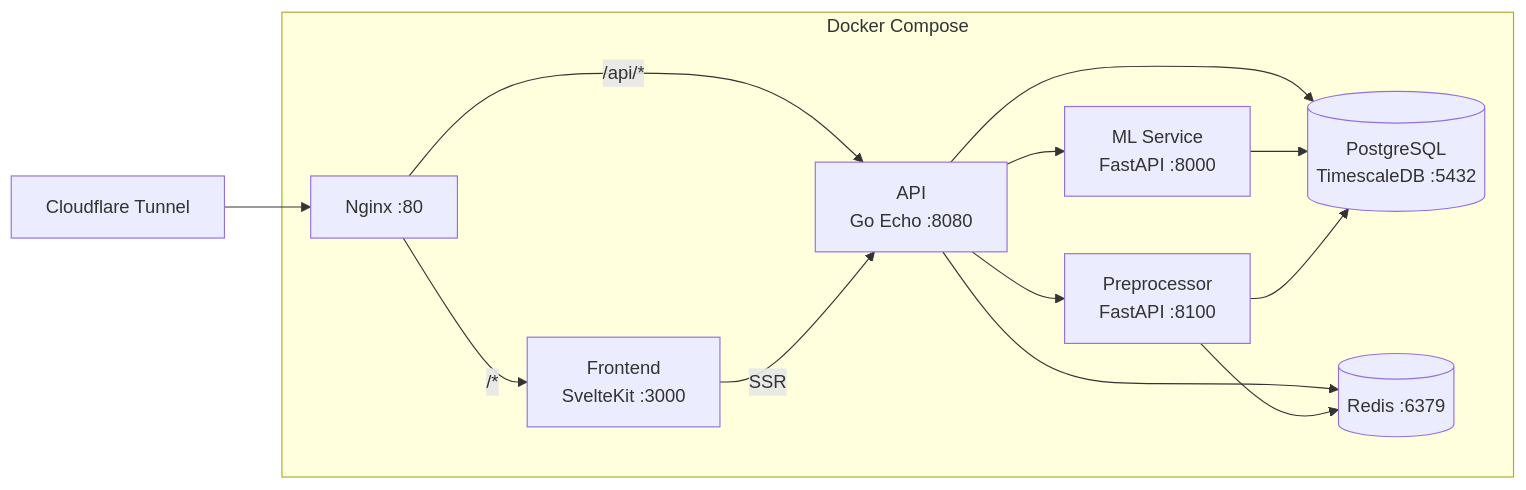
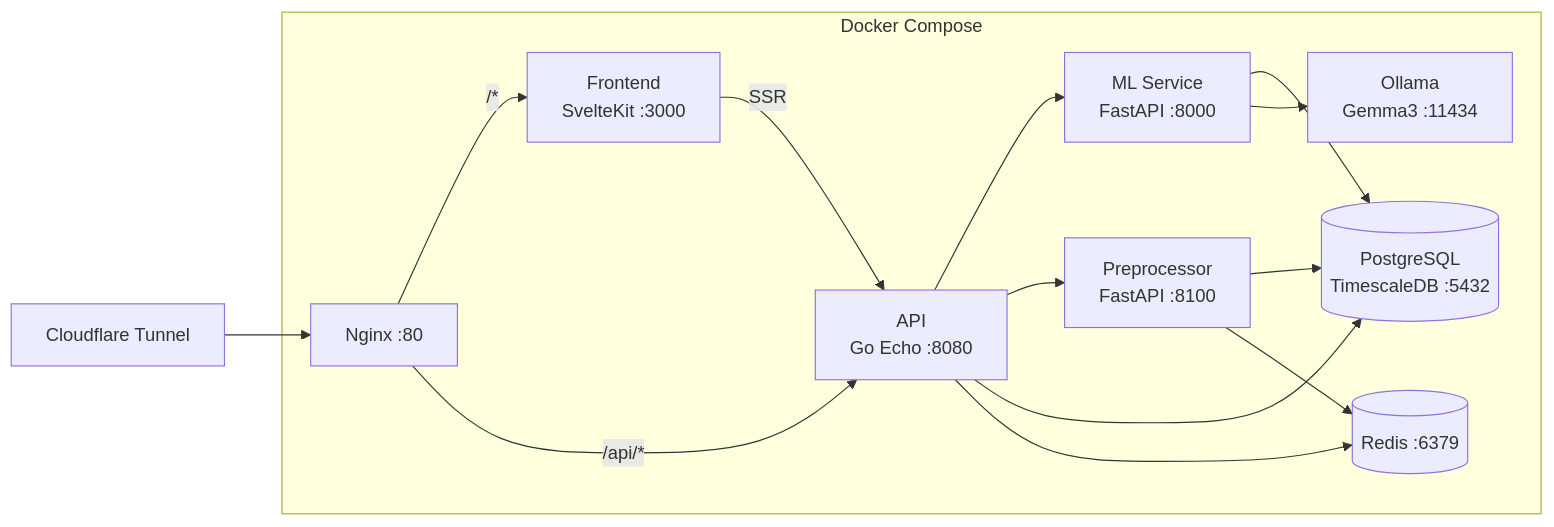
Before and after one commit to Kaikei-e/VitaMetron: the diagram in README.md, drawn with Mermaid. The commit also changed other lines of this file, not shown here.

````diff
--- a/README.md
+++ b/README.md
@@ -34,17 +36,18 @@
 ```mermaid
 graph LR
     CF["Cloudflare Tunnel"] --> Nginx
 
     subgraph Docker Compose
         Nginx["Nginx :80"] -->|"/*"| Frontend["Frontend<br/>SvelteKit :3000"]
         Nginx -->|"/api/*"| API["API<br/>Go Echo :8080"]
         API --> ML["ML Service<br/>FastAPI :8000"]
         API --> Preprocessor["Preprocessor<br/>FastAPI :8100"]
         API --> Postgres[("PostgreSQL<br/>TimescaleDB :5432")]
         API --> Redis[("Redis :6379")]
         ML --> Postgres
+        ML --> Ollama["Ollama<br/>Gemma3 :11434"]
         Preprocessor --> Postgres
         Preprocessor --> Redis
         Frontend -->|"SSR"| API
     end
 ```
````
